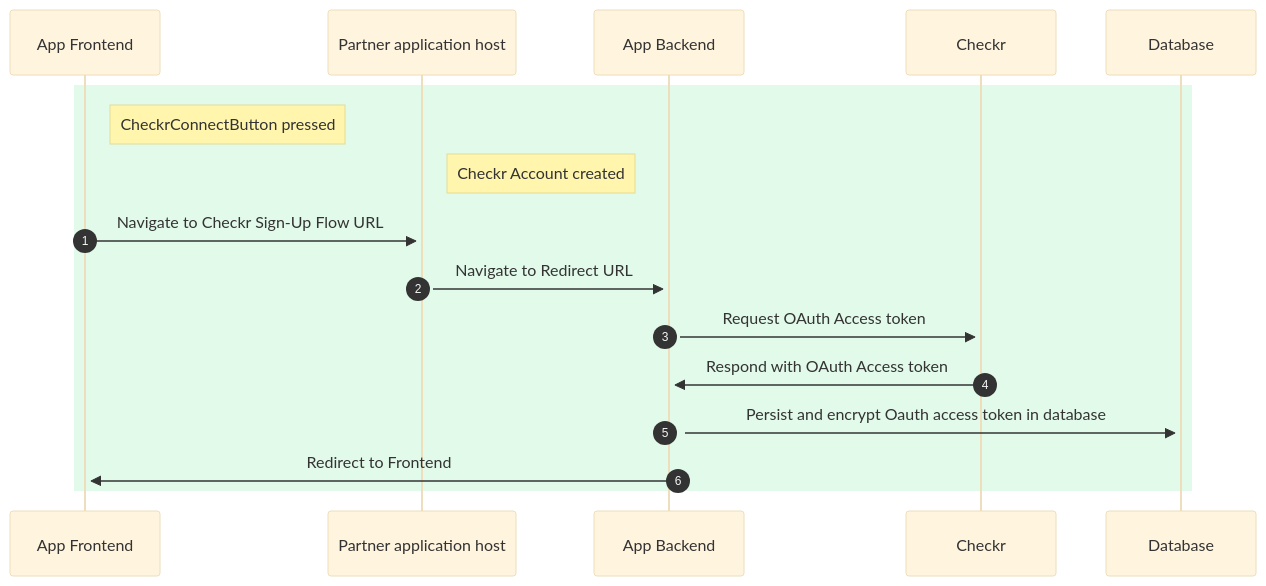
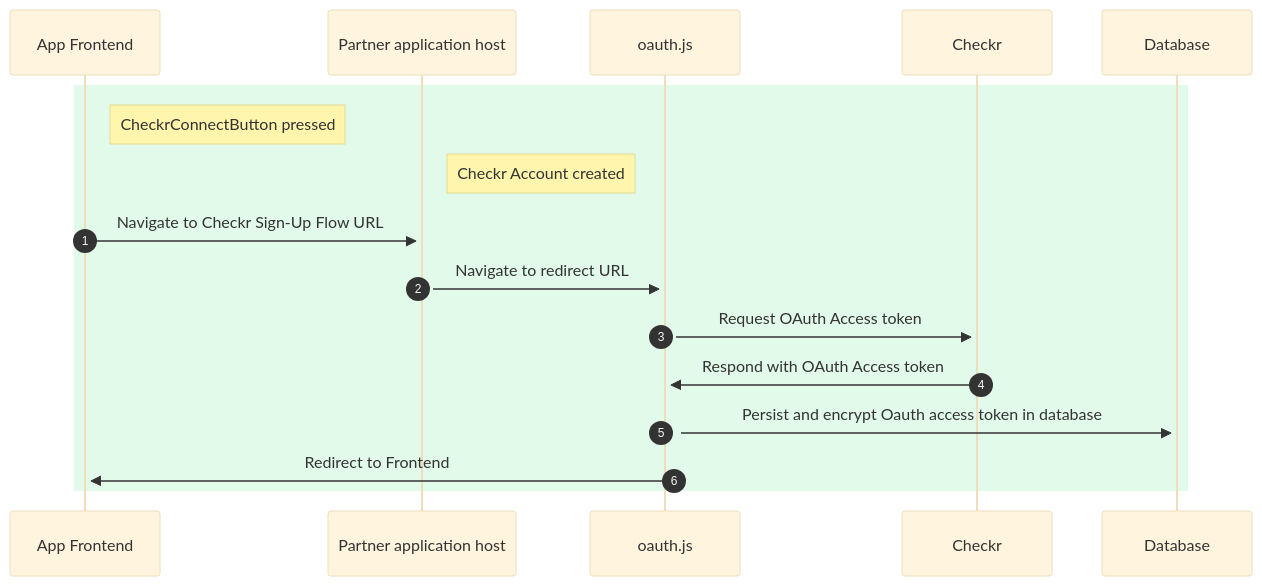
One commit to checkr/oauth-reference-integration changed the diagram in README.md. Above: the diagram before and after it, drawn with Mermaid (base theme). The commit also changed other lines of this file, not shown here.

Commit message:
Revise diagram, link embed diagram

````diff
--- a/README.md
+++ b/README.md
@@ -59,16 +59,16 @@
 ```mermaid
 sequenceDiagram
   autonumber
 
   rect rgb(226, 250, 233)
     Note right of App Frontend: CheckrConnectButton pressed
     Note right of Partner application host: Checkr Account created
 
     App Frontend->>+Partner application host: Navigate to Checkr Sign-Up Flow URL
-    Partner application host->>+App Backend: Navigate to Redirect URL
-    App Backend->>+Checkr: Request OAuth Access token
-    Checkr->>+App Backend: Respond with OAuth Access token
-    App Backend->>+Database: Persist and encrypt Oauth access token in database
-    App Backend->>+App Frontend: Redirect to Frontend
+    Partner application host->>+oauth.js: Navigate to redirect URL
+    oauth.js->>+Checkr: Request OAuth Access token
+    Checkr->>+oauth.js: Respond with OAuth Access token
+    oauth.js->>+Database: Persist and encrypt Oauth access token in database
+    oauth.js->>+App Frontend: Redirect to Frontend
   end
 ```
````
